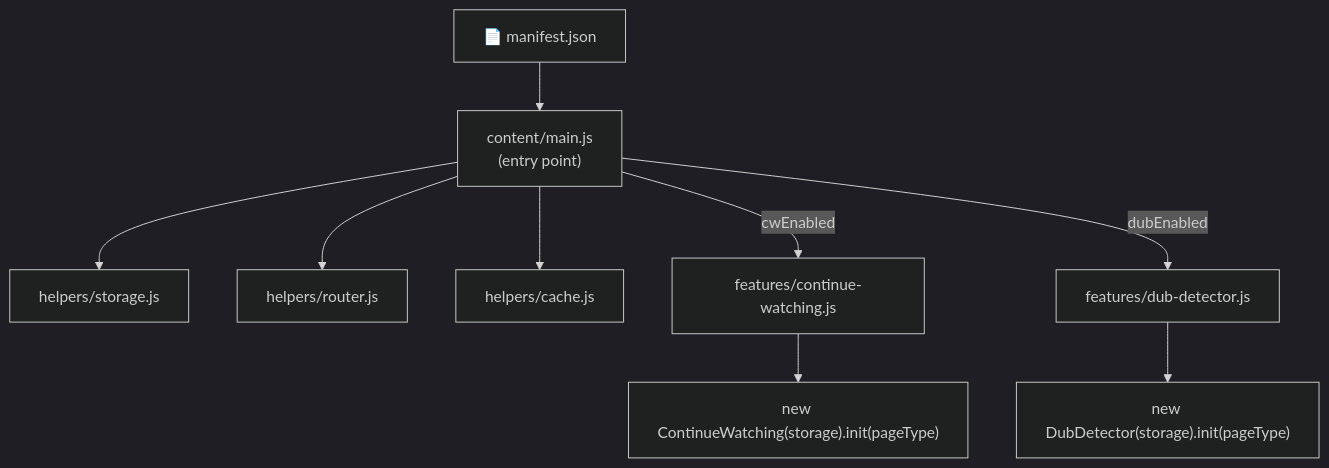
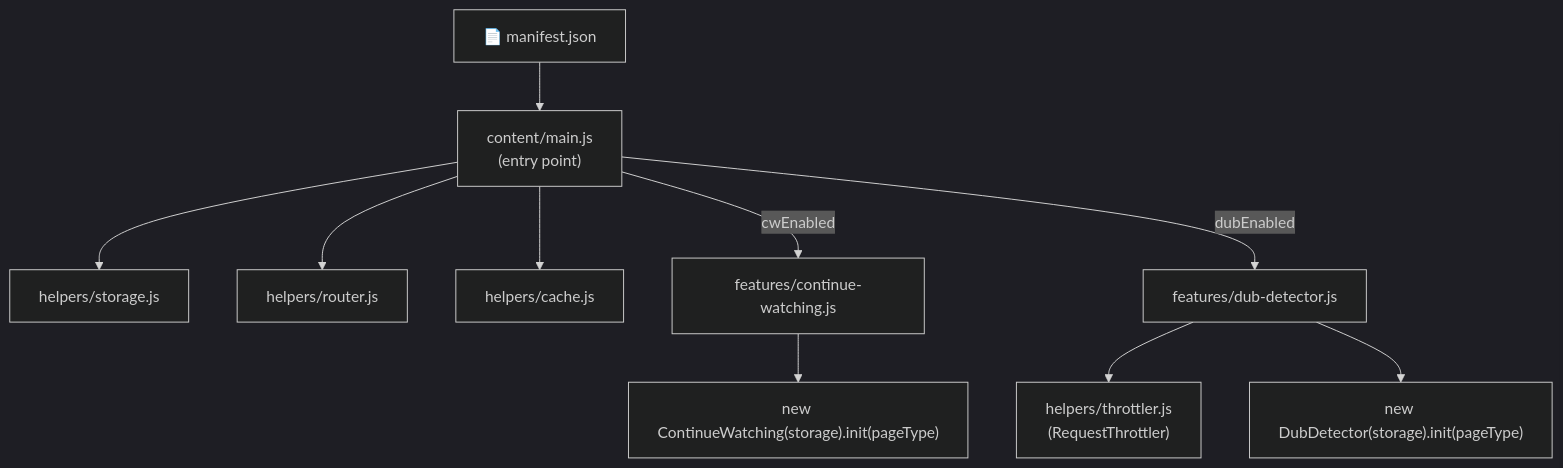
The first of 3 diagrams in README.md (abdullahkhfb/animepahe-enhancer), drawn with Mermaid (dark theme) before and after one commit. The commit also changed other lines of this file and 4 other files, not shown here.

````diff
--- a/README.md
+++ b/README.md
@@ -191,11 +194,12 @@
 ```mermaid
 flowchart TD
     MF["📄 manifest.json"] --> CM["content/main.js\n(entry point)"]
     CM --> HS["helpers/storage.js"]
     CM --> HR["helpers/router.js"]
     CM --> HC["helpers/cache.js"]
     CM -->|cwEnabled| CW["features/continue-watching.js"]
     CM -->|dubEnabled| DD["features/dub-detector.js"]
+    DD --> TH["helpers/throttler.js\n(RequestThrottler)"]
     CW --> CWI["new ContinueWatching(storage).init(pageType)"]
     DD --> DDI["new DubDetector(storage).init(pageType)"]
 ```
````
